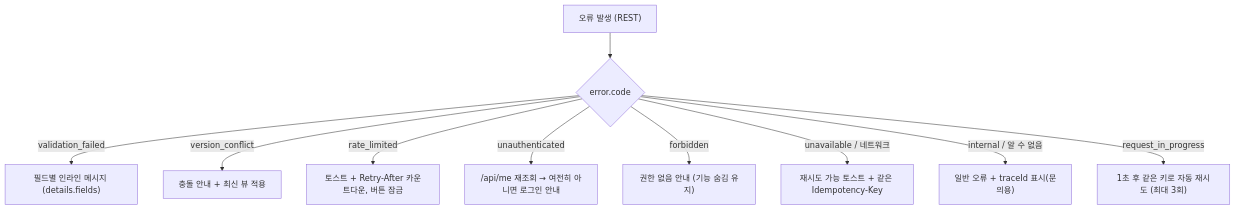
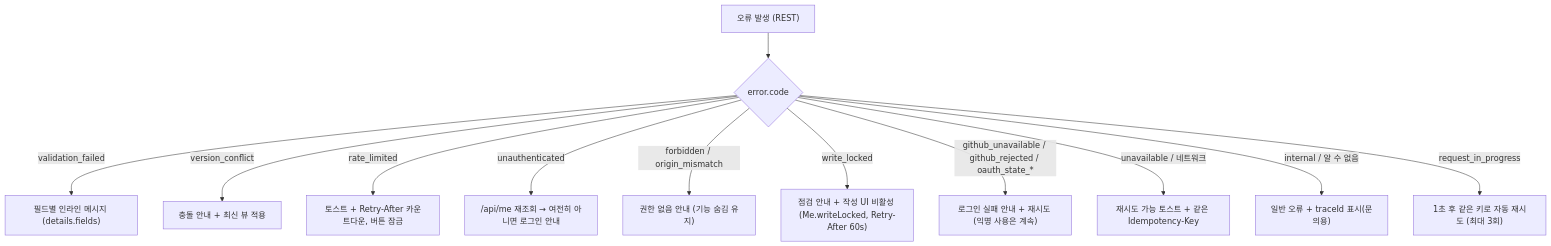
One commit to 1985jwlee/portpolio_backend changed the third of 9 diagrams in docs/design/07-frontend.md. Above: the diagram before and after it, drawn with Mermaid. The commit also changed other lines of this file and 33 other files, not shown here.

````diff
--- a/docs/design/07-frontend.md
+++ b/docs/design/07-frontend.md
@@ -275,12 +278,14 @@
 ```mermaid
 flowchart TD
     E["오류 발생 (REST)"] --> C{"error.code"}
     C -- "validation_failed" --> F["필드별 인라인 메시지 (details.fields)"]
     C -- "version_conflict" --> V["충돌 안내 + 최신 뷰 적용"]
     C -- "rate_limited" --> R["토스트 + Retry-After 카운트다운, 버튼 잠금"]
     C -- "unauthenticated" --> U["/api/me 재조회 → 여전히 아니면 로그인 안내"]
-    C -- "forbidden" --> X["권한 없음 안내 (기능 숨김 유지)"]
+    C -- "forbidden / origin_mismatch" --> X["권한 없음 안내 (기능 숨김 유지)"]
+    C -- "write_locked" --> WL["점검 안내 + 작성 UI 비활성 (Me.writeLocked, Retry-After 60s)"]
+    C -- "github_unavailable / github_rejected / oauth_state_*" --> OA["로그인 실패 안내 + 재시도 (익명 사용은 계속)"]
     C -- "unavailable / 네트워크" --> T["재시도 가능 토스트 + 같은 Idempotency-Key"]
     C -- "internal / 알 수 없음" --> I["일반 오류 + traceId 표시(문의용)"]
     C -- "request_in_progress" --> W["1초 후 같은 키로 자동 재시도 (최대 3회)"]
 ```
````
